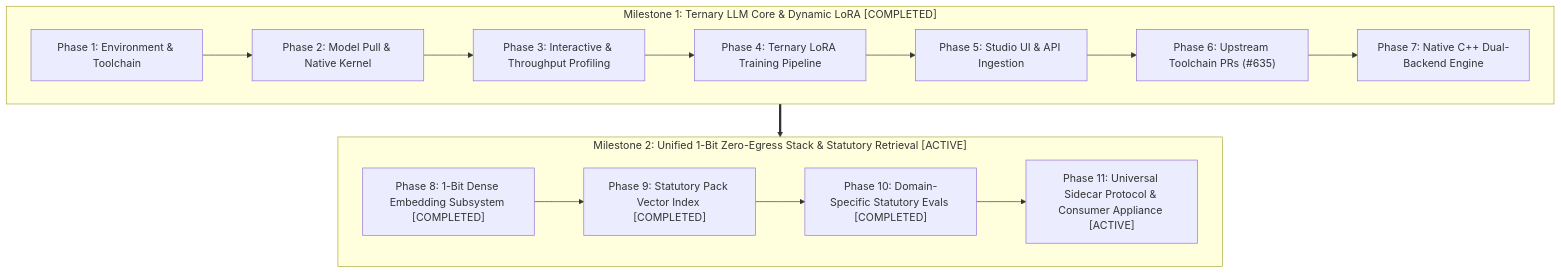
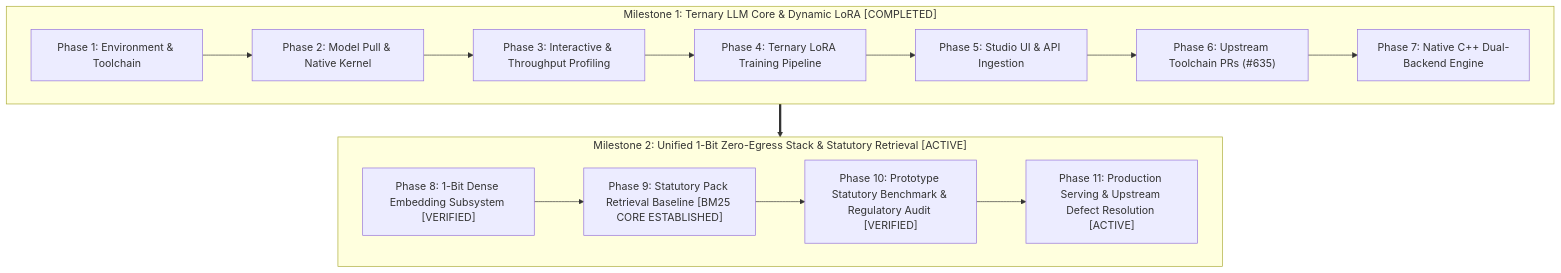
One commit to knowthankyew/event-driven-ftaas changed the second of 2 diagrams in docs/ROADMAP.md. Above: the diagram before and after it, drawn with Mermaid. The commit also changed other lines of this file and 8 other files, not shown here.

First line of the commit message:
fix(bitnet): calibrate prefill bisection, bound factual generation, and harden statutory retrieval benchmark

````diff
--- a/docs/ROADMAP.md
+++ b/docs/ROADMAP.md
@@ -104,22 +104,22 @@
 ```mermaid
 flowchart TD
     subgraph M1["Milestone 1: Ternary LLM Core & Dynamic LoRA [COMPLETED]"]
         P1["Phase 1: Environment & Toolchain"] --> P2["Phase 2: Model Pull & Native Kernel"]
         P2 --> P3["Phase 3: Interactive & Throughput Profiling"]
         P3 --> P4["Phase 4: Ternary LoRA Training Pipeline"]
         P4 --> P5["Phase 5: Studio UI & API Ingestion"]
         P5 --> P6["Phase 6: Upstream Toolchain PRs (#635)"]
         P6 --> P7["Phase 7: Native C++ Dual-Backend Engine"]
     end
 
     subgraph M2["Milestone 2: Unified 1-Bit Zero-Egress Stack & Statutory Retrieval [ACTIVE]"]
-        P8["Phase 8: 1-Bit Dense Embedding Subsystem [COMPLETED]"]
-        P9["Phase 9: Statutory Pack Vector Index [COMPLETED]"]
-        P10["Phase 10: Domain-Specific Statutory Evals [COMPLETED]"]
-        P11["Phase 11: Universal Sidecar Protocol & Consumer Appliance [ACTIVE]"]
+        P8["Phase 8: 1-Bit Dense Embedding Subsystem [VERIFIED]"]
+        P9["Phase 9: Statutory Pack Retrieval Baseline [BM25 CORE ESTABLISHED]"]
+        P10["Phase 10: Prototype Statutory Benchmark & Regulatory Audit [VERIFIED]"]
+        P11["Phase 11: Production Serving & Upstream Defect Resolution [ACTIVE]"]
         
         P8 --> P9 --> P10 --> P11
     end
 
     M1 ==> M2
 ```
````
